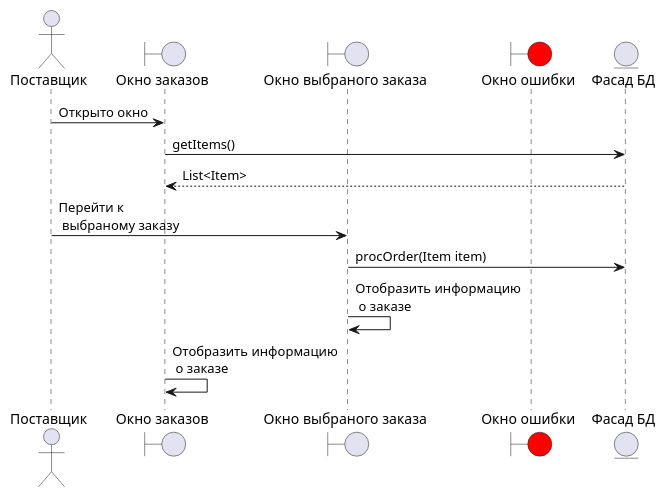
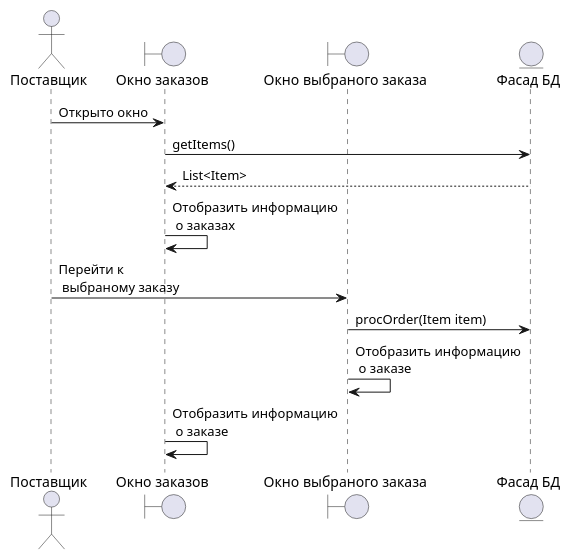
The diagram in uml-диаграммы/Диаграмма последовательности/Диаграмма_последовательности_Обработать_заказ_Администратора.puml (BombasticFantastik/PIS_Course_work), drawn with PlantUML before and after one commit. The commit also changed 15 other files, not shown here.

```diff
--- a/uml-диаграммы/Диаграмма последовательности/Диаграмма_последовательности_Обработать_заказ_Администратора.puml
+++ b/uml-диаграммы/Диаграмма последовательности/Диаграмма_последовательности_Обработать_заказ_Администратора.puml
@@ -1,22 +1,23 @@
 @startuml Диаграмма последовательности Обработать заказ Администратора
 
 actor Admin as "Поставщик"
 
 boundary item_list as "Окно заказов"
 boundary selected_order_window as "Окно выбраного заказа"
-boundary error as "Окно ошибки" #red
+
 
 entity facade as "Фасад БД"
 
 Admin -> item_list : Открыто окно
 
 item_list -> facade : getItems()
 facade --> item_list : List<Item>
+item_list->item_list : Отобразить информацию \n о заказах
 
 Admin -> selected_order_window : Перейти к \n выбраному заказу
 
 selected_order_window->facade : procOrder(Item item)
 selected_order_window->selected_order_window: Отобразить информацию \n о заказе
 item_list -> item_list : Отобразить информацию \n о заказе
 
 @enduml
```
